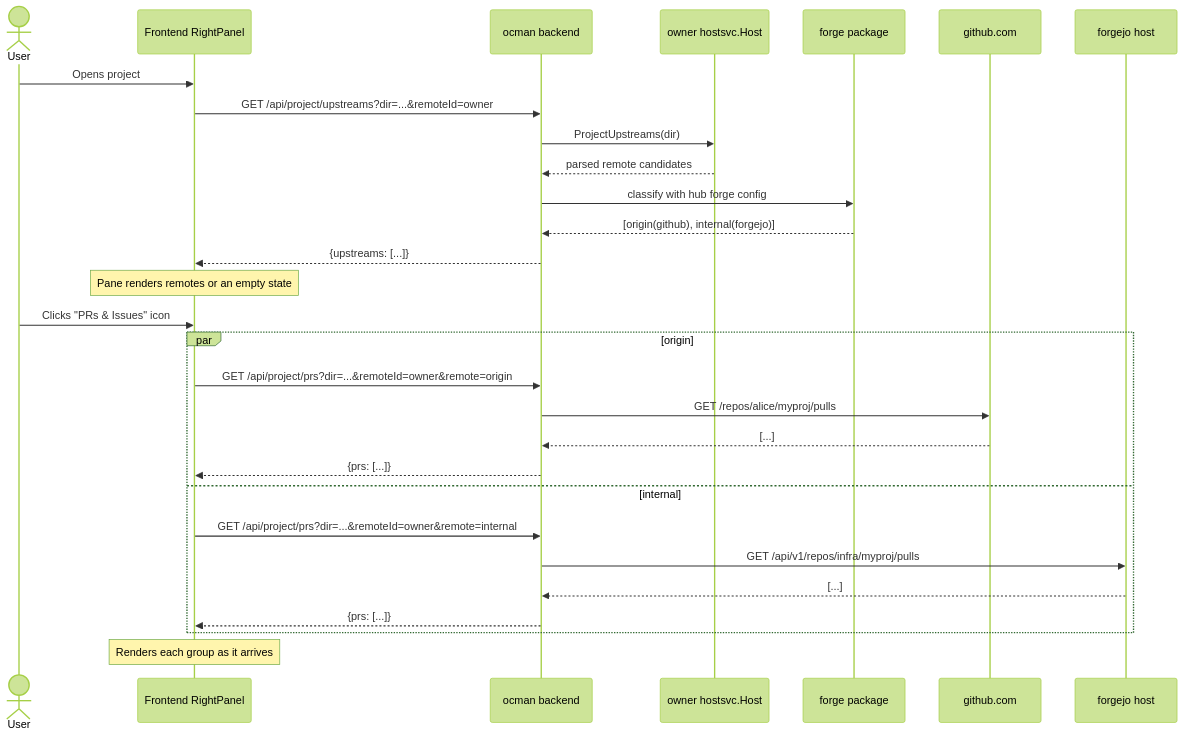
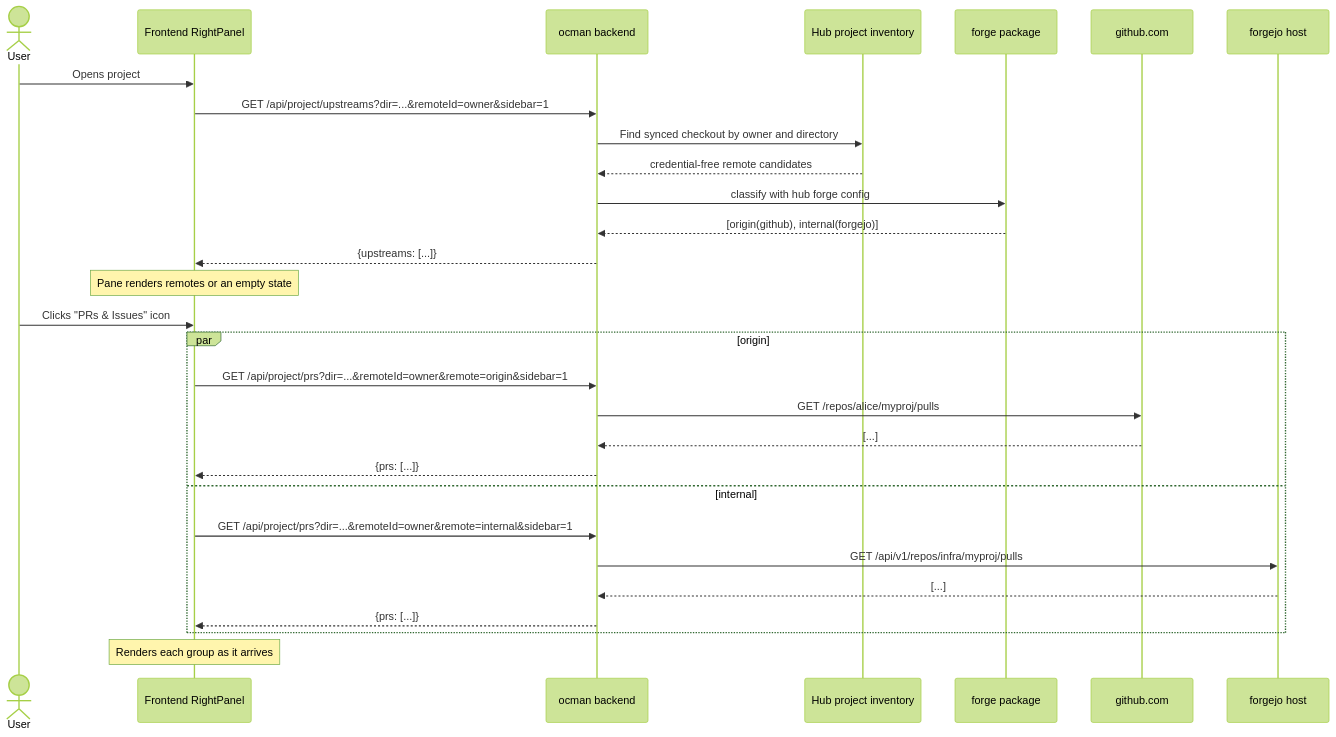
Before and after one commit to ocman/ocman: the fifth of 7 diagrams in spec/pr-issue-sidebar/architecture.md, drawn with Mermaid (forest theme). The commit also changed 42 other files, not shown here.

Commit message:
fix(prs): serve remote sidebar reads from the hub

````diff
--- a/spec/pr-issue-sidebar/architecture.md
+++ b/spec/pr-issue-sidebar/architecture.md
@@ -782,33 +782,33 @@
 ```mermaid
 sequenceDiagram
     actor User
     participant FE as Frontend RightPanel
     participant H as ocman backend
-    participant Host as owner hostsvc.Host
+    participant Inventory as Hub project inventory
     participant F as forge package
     participant GH as github.com
     participant FJ as forgejo host
 
     User->>FE: Opens project
-    FE->>H: GET /api/project/upstreams?dir=...&remoteId=owner
-    H->>Host: ProjectUpstreams(dir)
-    Host-->>H: parsed remote candidates
+    FE->>H: GET /api/project/upstreams?dir=...&remoteId=owner&sidebar=1
+    H->>Inventory: Find synced checkout by owner and directory
+    Inventory-->>H: credential-free remote candidates
     H->>F: classify with hub forge config
     F-->>H: [origin(github), internal(forgejo)]
     H-->>FE: {upstreams: [...]}
     Note over FE: Pane renders remotes or an empty state
 
     User->>FE: Clicks "PRs & Issues" icon
     par origin
-        FE->>H: GET /api/project/prs?dir=...&remoteId=owner&remote=origin
+        FE->>H: GET /api/project/prs?dir=...&remoteId=owner&remote=origin&sidebar=1
         H->>GH: GET /repos/alice/myproj/pulls
         GH-->>H: [...]
         H-->>FE: {prs: [...]}
     and internal
-        FE->>H: GET /api/project/prs?dir=...&remoteId=owner&remote=internal
+        FE->>H: GET /api/project/prs?dir=...&remoteId=owner&remote=internal&sidebar=1
         H->>FJ: GET /api/v1/repos/infra/myproj/pulls
         FJ-->>H: [...]
         H-->>FE: {prs: [...]}
     end
     Note over FE: Renders each group as it arrives
 ```
````
